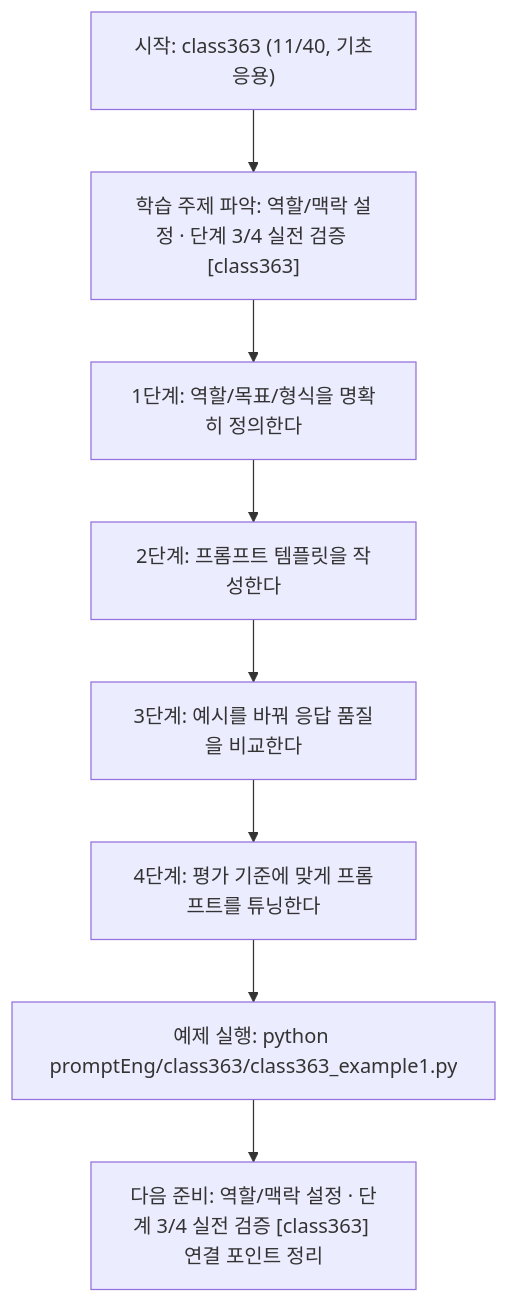
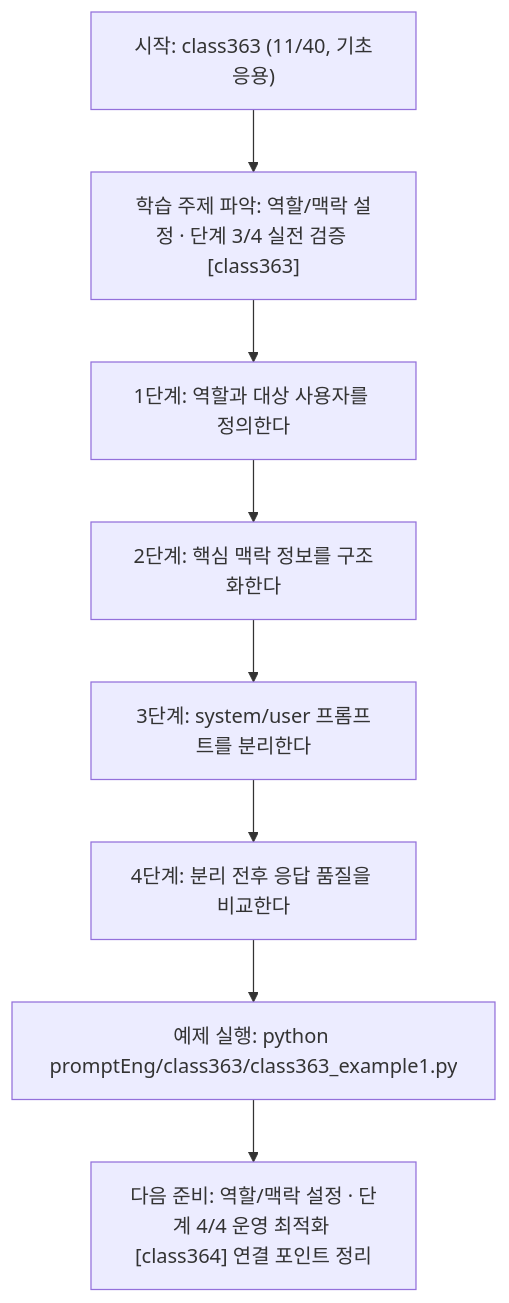
The diagram in promptEng/class363/class363.md (edumgt/Python-AI_Agent-Class), drawn with Mermaid before and after one commit. The commit also changed other lines of this file and 283 other files, not shown here.

````diff
--- a/promptEng/class363/class363.md
+++ b/promptEng/class363/class363.md
@@ -110,18 +91,18 @@
 ```mermaid
 flowchart TD
 N1["시작: class363 (11/40, 기초응용)"]
 N2["학습 주제 파악: 역할/맥락 설정 · 단계 3/4 실전 검증 [class363]"]
-N3["1단계: 역할/목표/형식을 명확히 정의한다"]
-N4["2단계: 프롬프트 템플릿을 작성한다"]
-N5["3단계: 예시를 바꿔 응답 품질을 비교한다"]
-N6["4단계: 평가 기준에 맞게 프롬프트를 튜닝한다"]
+N3["1단계: 역할과 대상 사용자를 정의한다"]
+N4["2단계: 핵심 맥락 정보를 구조화한다"]
+N5["3단계: system/user 프롬프트를 분리한다"]
+N6["4단계: 분리 전후 응답 품질을 비교한다"]
 N7["예제 실행: python promptEng/class363/class363_example1.py"]
-N8["다음 준비: 역할/맥락 설정 · 단계 3/4 실전 검증 [class363] 연결 포인트 정리"]
+N8["다음 준비: 역할/맥락 설정 · 단계 4/4 운영 최적화 [class364] 연결 포인트 정리"]
 N1 --> N2
 N2 --> N3
 N3 --> N4
 N4 --> N5
 N5 --> N6
 N6 --> N7
 N7 --> N8
 ```
````
